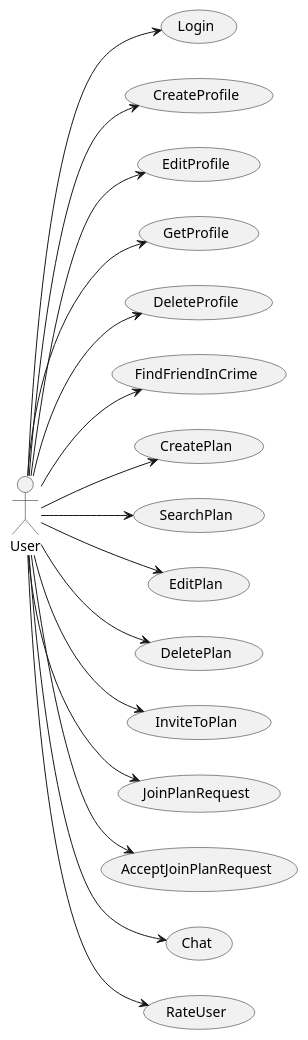
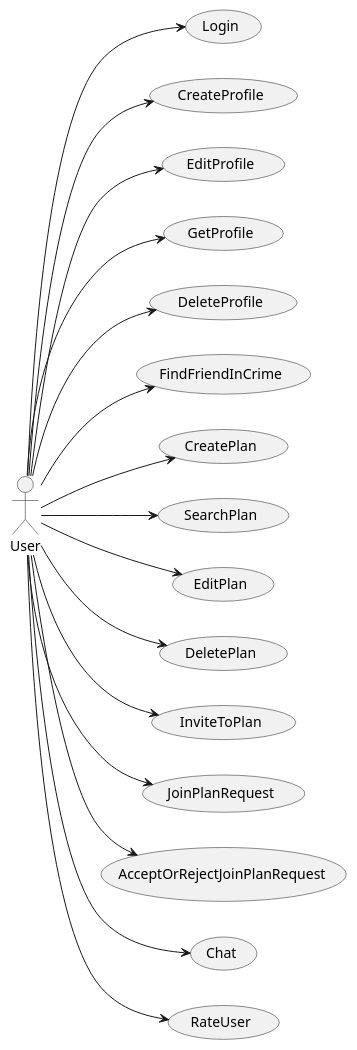
Before and after one commit to colasin16/pop-up-plan-service: the diagram in docs/src/use-cases/ main.puml, drawn with PlantUML. The commit also changed 4 other files, not shown here.

Commit message:
Change acceptJoinRequest API to acceptOrRejectJoinRequest

```diff
--- a/docs/src/use-cases/ main.puml
+++ b/docs/src/use-cases/ main.puml
@@ -1,44 +1,44 @@
 @startuml
 left to right direction
 
 actor User
 
 usecase Login
 
 usecase CreateProfile
 usecase EditProfile
 usecase GetProfile 
 usecase DeleteProfile 
 
 usecase FindFriendInCrime
 
 usecase CreatePlan
 usecase SearchPlan
 usecase EditPlan
 usecase DeletePlan
 usecase InviteToPlan
 usecase JoinPlanRequest
-usecase AcceptJoinPlanRequest
+usecase AcceptOrRejectJoinPlanRequest
 
 
 usecase Chat
 
 usecase RateUser
 
 User --> Login
 User --> CreateProfile
 User --> DeleteProfile
 User --> EditProfile
 User --> GetProfile
 User --> CreatePlan
 User --> FindFriendInCrime
 User --> SearchPlan
 User --> EditPlan
 User --> DeletePlan
 User --> InviteToPlan
 User --> JoinPlanRequest
-User --> AcceptJoinPlanRequest
+User --> AcceptOrRejectJoinPlanRequest
 User --> Chat
 User --> RateUser
 
 @enduml
```
